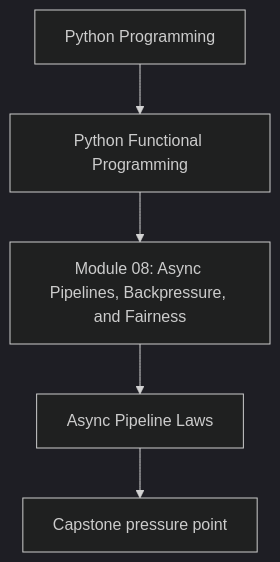
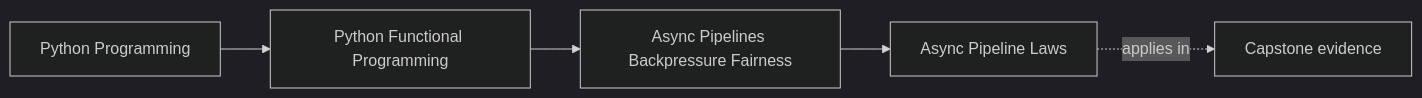
One commit to bijux/bijux-masterclass changed the first of 2 diagrams in programs/python-programming/python-functional-programming/course-book/module-08-async-pipelines-backpressure-fairness/async-pipeline-laws.md. Above: the diagram before and after it, drawn with Mermaid (dark theme). The commit also changed other lines of this file and 108 other files, not shown here.

Commit message:
docs(python-functional-programming): map capstone and advanced design surfaces

````diff
--- a/programs/python-programming/python-functional-programming/course-book/module-08-async-pipelines-backpressure-fairness/async-pipeline-laws.md
+++ b/programs/python-programming/python-functional-programming/course-book/module-08-async-pipelines-backpressure-fairness/async-pipeline-laws.md
@@ -7,7 +7,11 @@
 ```mermaid
-flowchart TD
-  family["Python Programming"] --> program["Python Functional Programming"]
-  program --> module["Module 08: Async Pipelines, Backpressure, and Fairness"]
-  module --> concept["Async Pipeline Laws"]
-  concept --> capstone["Capstone pressure point"]
+graph LR
+  family["Python Programming"]
+  program["Python Functional Programming"]
+  section["Async Pipelines Backpressure Fairness"]
+  page["Async Pipeline Laws"]
+  capstone["Capstone evidence"]
+
+  family --> program --> section --> page
+  page -.applies in.-> capstone
 ```
````
